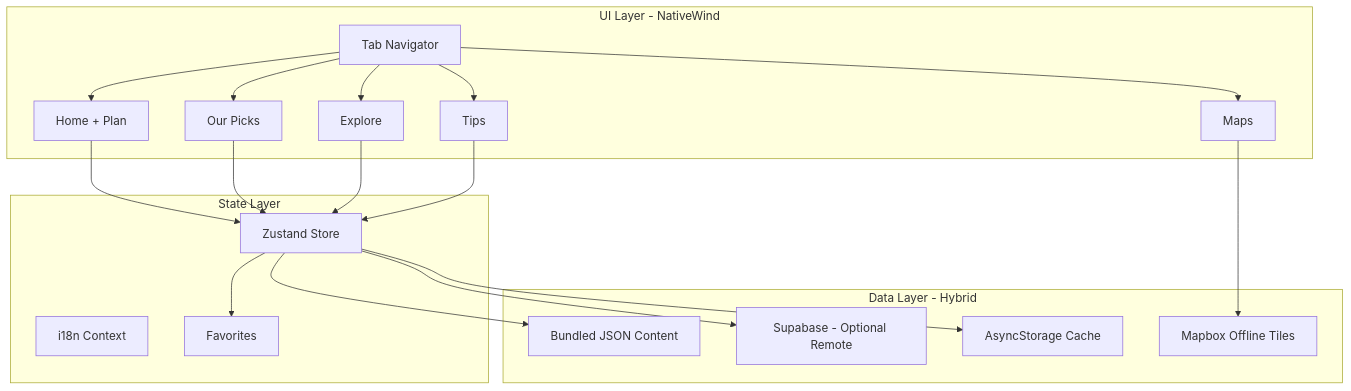
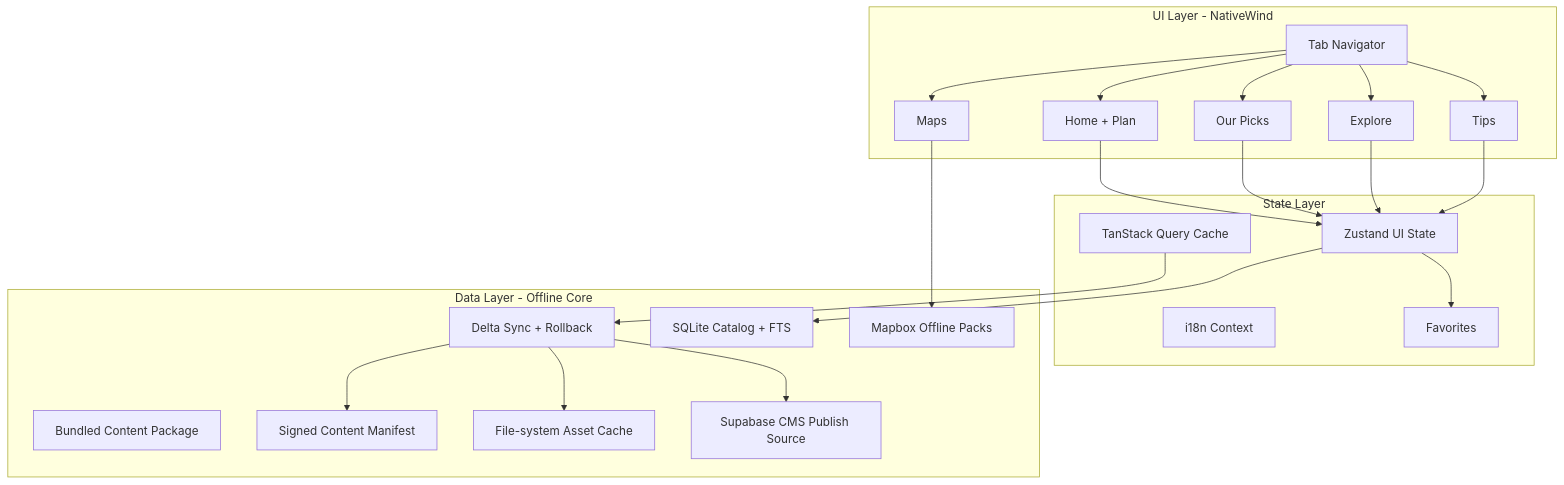
One commit to osekkat/marrakechCompass3 changed the diagram in plan.md. Above: the diagram before and after it, drawn with Mermaid. The commit also changed other lines of this file, not shown here.

````diff
--- a/plan.md
+++ b/plan.md
@@ -16,41 +16,47 @@
 ```mermaid
 graph TB
     subgraph UI [UI Layer - NativeWind]
         Tabs[Tab Navigator]
         Home[Home + Plan]
         Picks[Our Picks]
         Explore[Explore]
         Maps[Maps]
         Tips[Tips]
     end
 
     subgraph State [State Layer]
-        Zustand[Zustand Store]
+        Zustand[Zustand UI State]
+        Query[TanStack Query Cache]
         i18n[i18n Context]
         Favorites[Favorites]
     end
 
-    subgraph Data [Data Layer - Hybrid]
-        Bundled[Bundled JSON Content]
-        Supabase[Supabase - Optional Remote]
-        AsyncStorage[AsyncStorage Cache]
-        MapTiles[Mapbox Offline Tiles]
+    subgraph Data [Data Layer - Offline Core]
+        Bundle[Bundled Content Package]
+        Manifest[Signed Content Manifest]
+        Sync[Delta Sync + Rollback]
+        SQLite[SQLite Catalog + FTS]
+        FileCache[File-system Asset Cache]
+        Supabase[Supabase CMS Publish Source]
+        MapTiles[Mapbox Offline Packs]
     end
 
     Tabs --> Home
     Tabs --> Picks
     Tabs --> Explore
     Tabs --> Maps
     Tabs --> Tips
 
     Home --> Zustand
     Picks --> Zustand
     Explore --> Zustand
     Maps --> MapTiles
     Tips --> Zustand
 
-    Zustand --> Bundled
-    Zustand --> Supabase
-    Zustand --> AsyncStorage
+    Zustand --> SQLite
+    Query --> Sync
+    Sync --> Manifest
+    Sync --> FileCache
+    Sync --> Supabase
     Zustand --> Favorites
 ```
````
